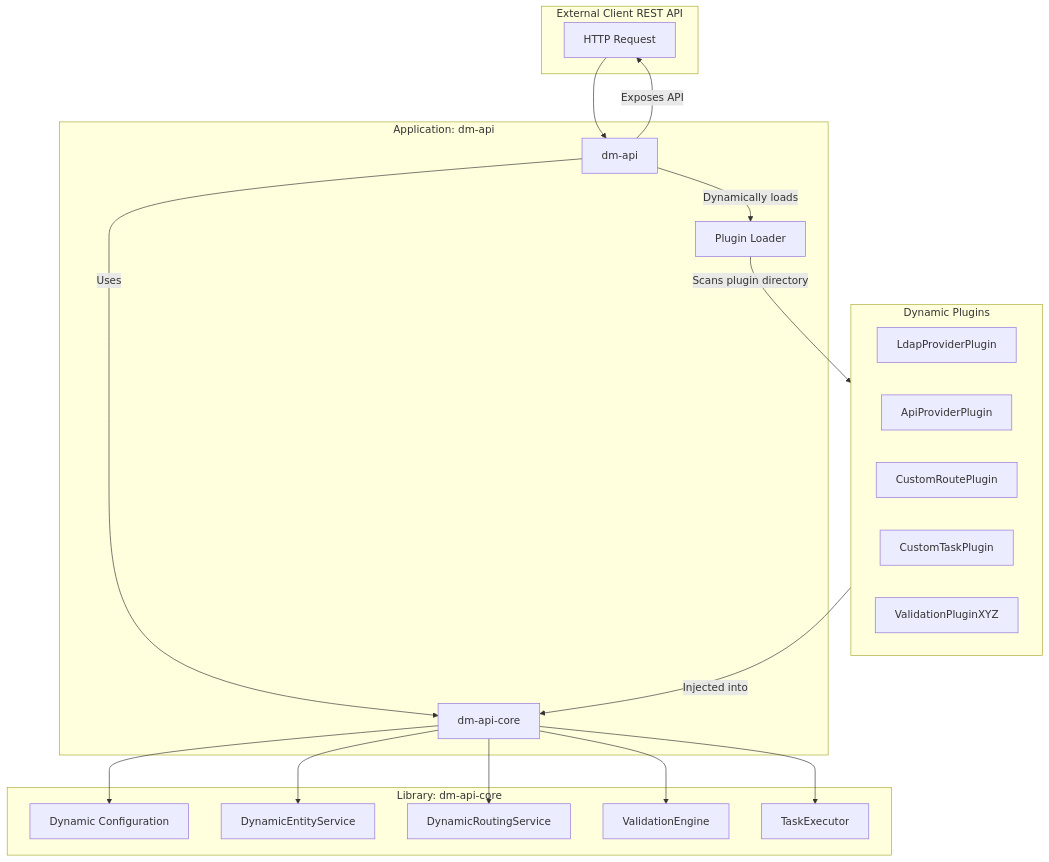
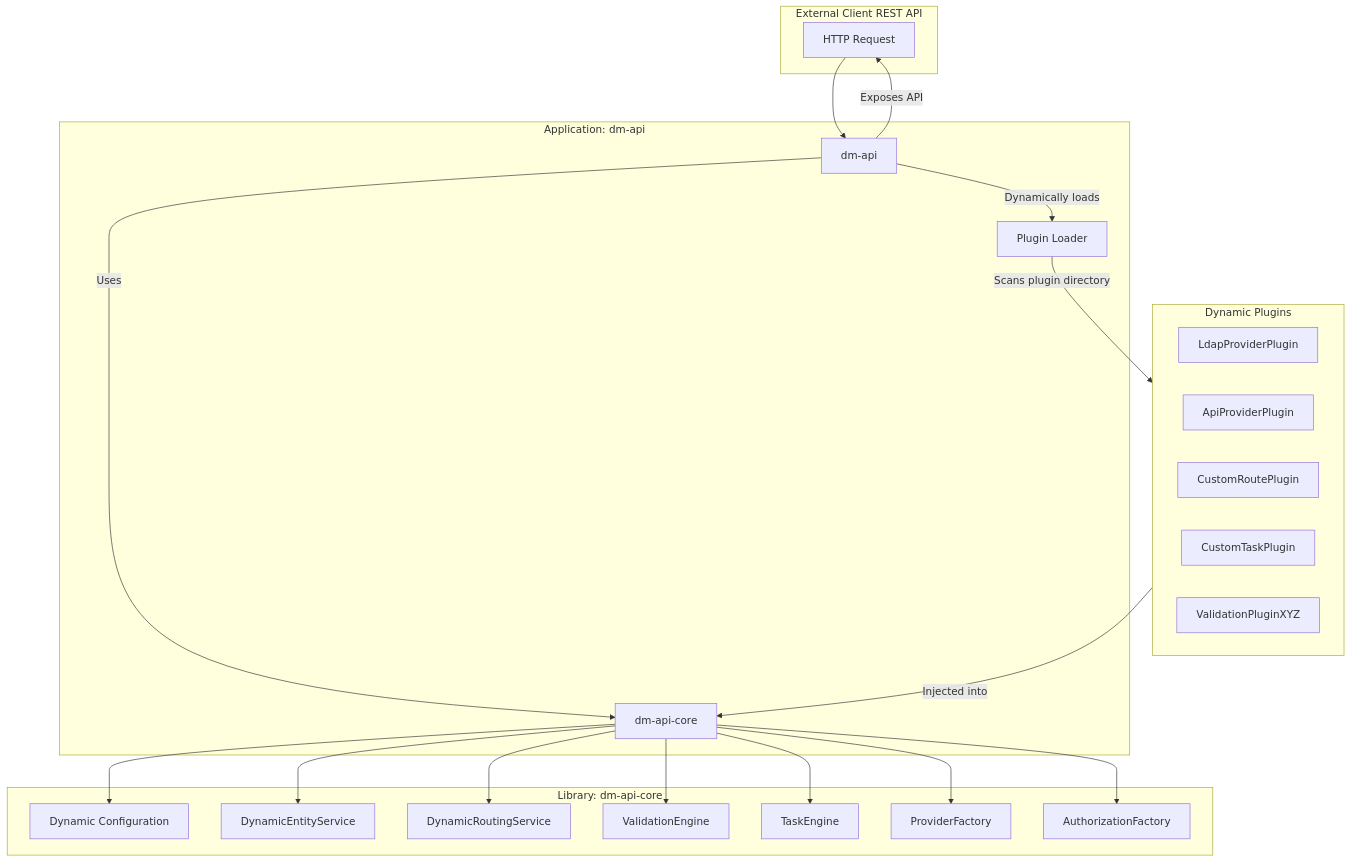
One commit to linagora/linid-im-api-corelib changed the diagram in docs/architecture.mmd. Above: the diagram before and after it, drawn with Mermaid. The commit also changed 13 other files, not shown here.

```diff
--- a/docs/architecture.mmd
+++ b/docs/architecture.mmd
@@ -1,31 +1,33 @@
 flowchart TD
     subgraph Client [External Client REST API]
         C[HTTP Request]
     end
 
     subgraph API [Application: dm-api]
         A[dm-api]
         A -->|Dynamically loads| Loader[Plugin Loader]
         A -->|Uses| Core[dm-api-core]
     end
 
     subgraph CoreLib [Library: dm-api-core]
         Core --> Config[Dynamic Configuration]
         Core --> EntityService[DynamicEntityService]
         Core --> RoutingService[DynamicRoutingService]
         Core --> Validation[ValidationEngine]
-        Core --> Tasks[TaskExecutor]
+        Core --> Tasks[TaskEngine]
+        Core --> Provider[ProviderFactory]
+        Core --> Authorization[AuthorizationFactory]
     end
 
     subgraph Plugins [Dynamic Plugins]
         PL1[LdapProviderPlugin]
         PL2[ApiProviderPlugin]
         PL3[CustomRoutePlugin]
         PL4[CustomTaskPlugin]
         PL5[ValidationPluginXYZ]
     end
 
     C --> A
     Loader -->|Scans plugin directory| Plugins
     Plugins -->|Injected into| Core
     A -->|Exposes API| C
```
